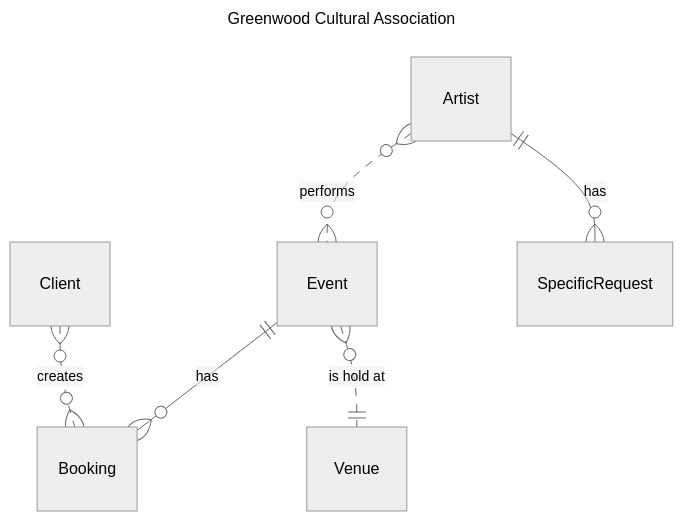
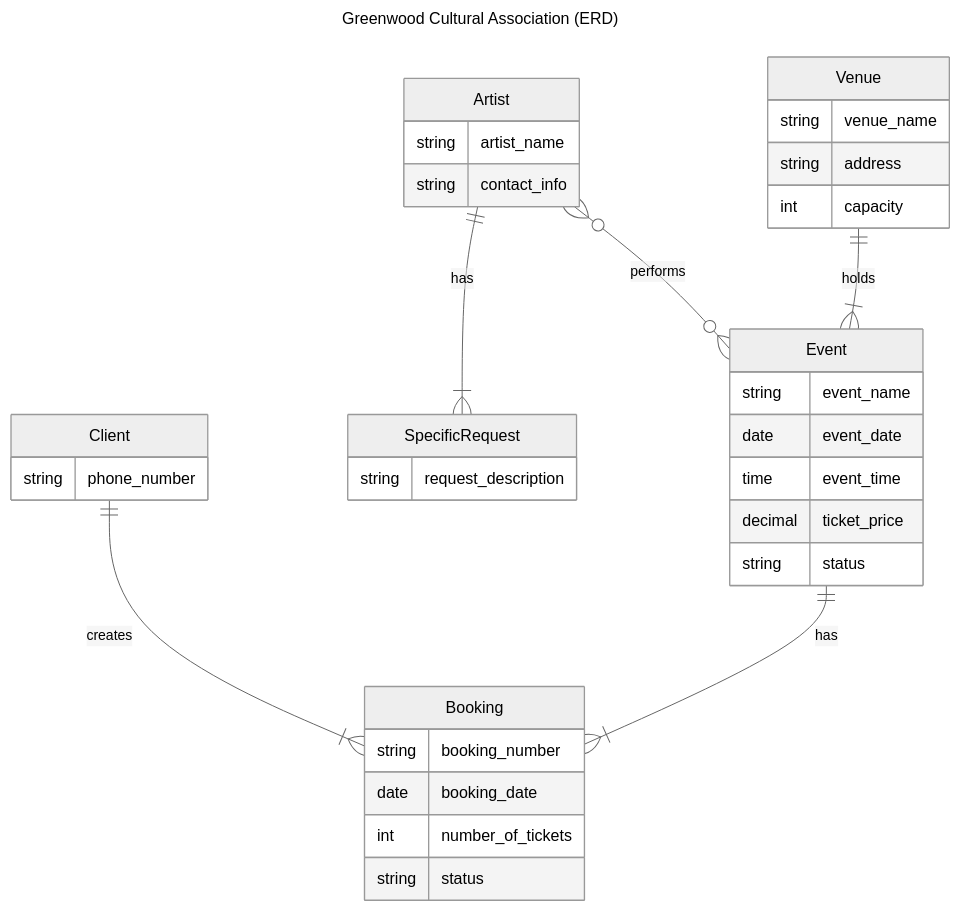
One commit to thanh-ha-nguyen/SOF001AS2AE-3012-CaseAssignment changed the first of 2 diagrams in STEP-1.md. Above: the diagram before and after it, drawn with Mermaid (neutral theme). The commit also changed other lines of this file and 3 other files, not shown here.

Commit message:
Revise the ER diagram, add the ERD-like class diagram and the logical design

````diff
--- a/STEP-1.md
+++ b/STEP-1.md
@@ -12,11 +13,40 @@
 ```mermaid
 ---
-title: Greenwood Cultural Association
+title: Greenwood Cultural Association (ERD)
 ---
 erDiagram
-    Client many optionally to many Booking: "creates"
-    Event one to many Booking : "has"
-    Event many optionally to one Venue: "is hold at"
-    Artist many optionally to many Event : "performs"
-    Artist one to many SpecificRequest : "has"
+    Client {
+        string phone_number
+    }
+    Venue {
+        string venue_name
+        string address
+        int capacity
+    }
+    Artist {
+        string artist_name
+        string contact_info
+    }
+    SpecificRequest {
+        string request_description
+    }
+    Event {
+        string event_name
+        date event_date
+        time event_time
+        decimal ticket_price
+        string status
+    }
+    Booking {
+        string booking_number
+        date booking_date
+        int number_of_tickets
+        string status
+    }
+
+    Client ||--|{ Booking : "creates"
+    Artist ||--|{ SpecificRequest : "has"
+    Artist }o--o{ Event : "performs"
+    Event ||--|{ Booking : "has"
+    Venue ||--|{ Event : "holds"
 ```
````
